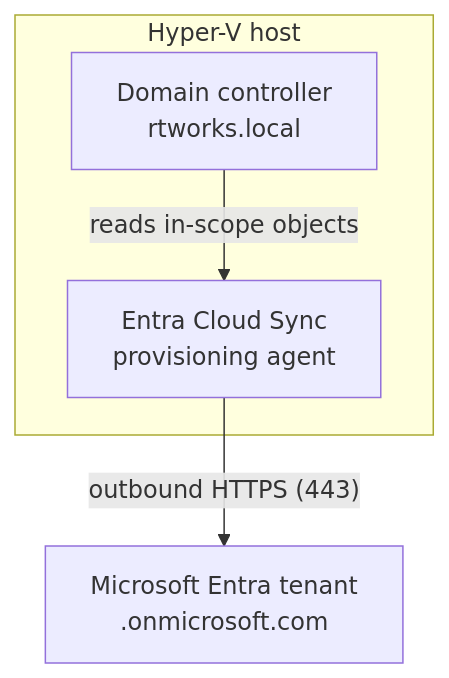
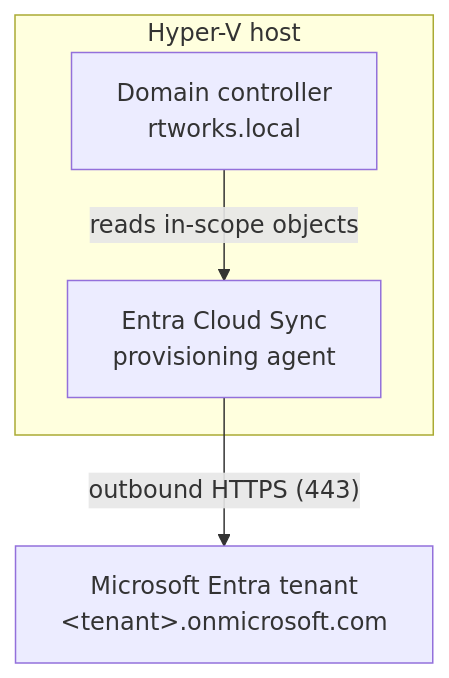
Before and after one commit to RashidT/entra-hybrid-identity-lab: the first of 2 diagrams in docs/architecture.md, drawn with Mermaid. The commit also changed 1 other file, not shown here.

Commit message:
Fix Mermaid tenant label in README and architecture diagram

````diff
--- a/docs/architecture.md
+++ b/docs/architecture.md
@@ -11,9 +11,9 @@
 ```mermaid
 graph TD
     subgraph Host ["Hyper-V host"]
         AD["Domain controller<br/>rtworks.local"]
         Agent["Entra Cloud Sync<br/>provisioning agent"]
         AD -->|"reads in-scope objects"| Agent
     end
-    Agent -->|"outbound HTTPS (443)"| Entra["Microsoft Entra tenant<br/><tenant>.onmicrosoft.com"]
+    Agent -->|"outbound HTTPS (443)"| Entra["Microsoft Entra tenant<br/>#lt;tenant#gt;.onmicrosoft.com"]
 ```
````
